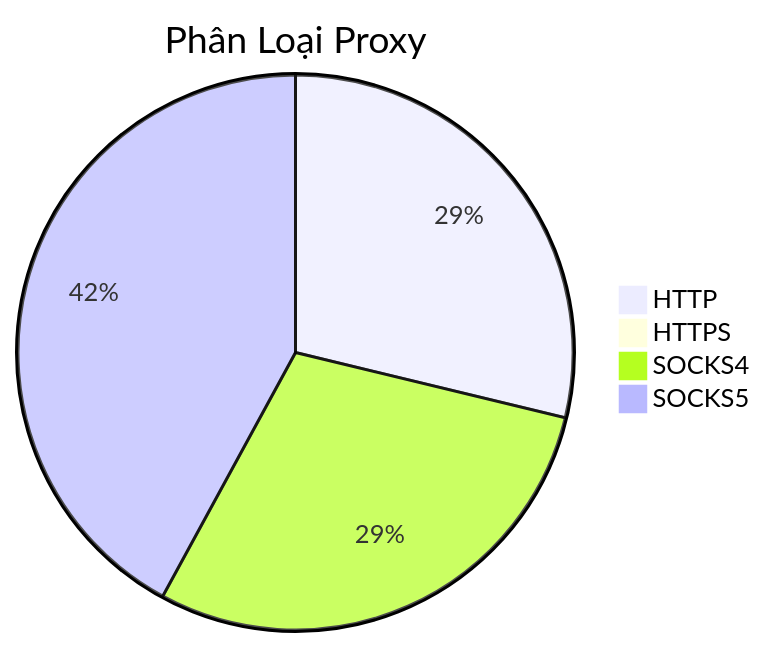
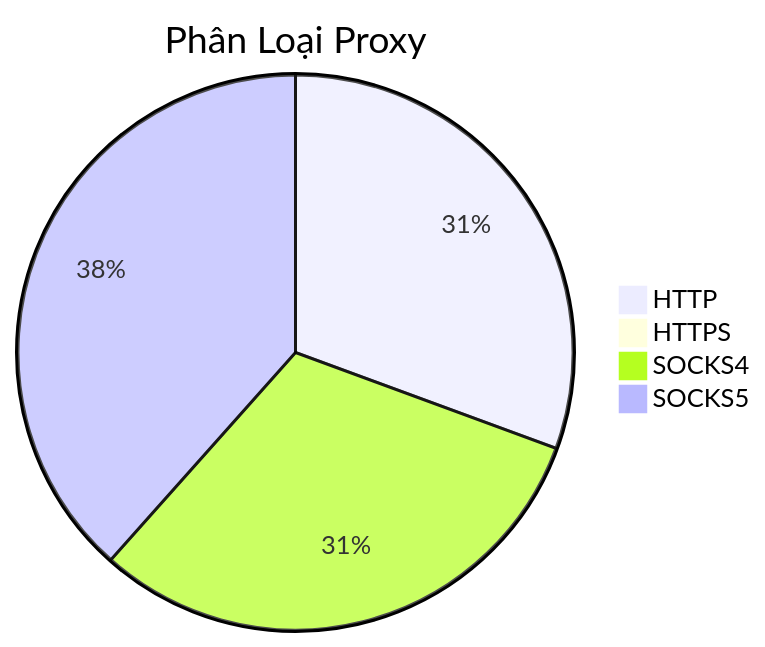
One commit to Ciara-12/PROXY-free changed the diagram in README.md. Above: the diagram before and after it, drawn with Mermaid. The commit also changed other lines of this file and 4 other files, not shown here.

````diff
--- a/README.md
+++ b/README.md
@@ -26,7 +26,7 @@
 ```mermaid
 pie title Phân Loại Proxy
-    "HTTP" : 299
-    "HTTPS" : 2
-    "SOCKS4" : 303
-    "SOCKS5" : 437
+    "HTTP" : 337
+    "HTTPS" : 1
+    "SOCKS4" : 341
+    "SOCKS5" : 423
 ```
````
